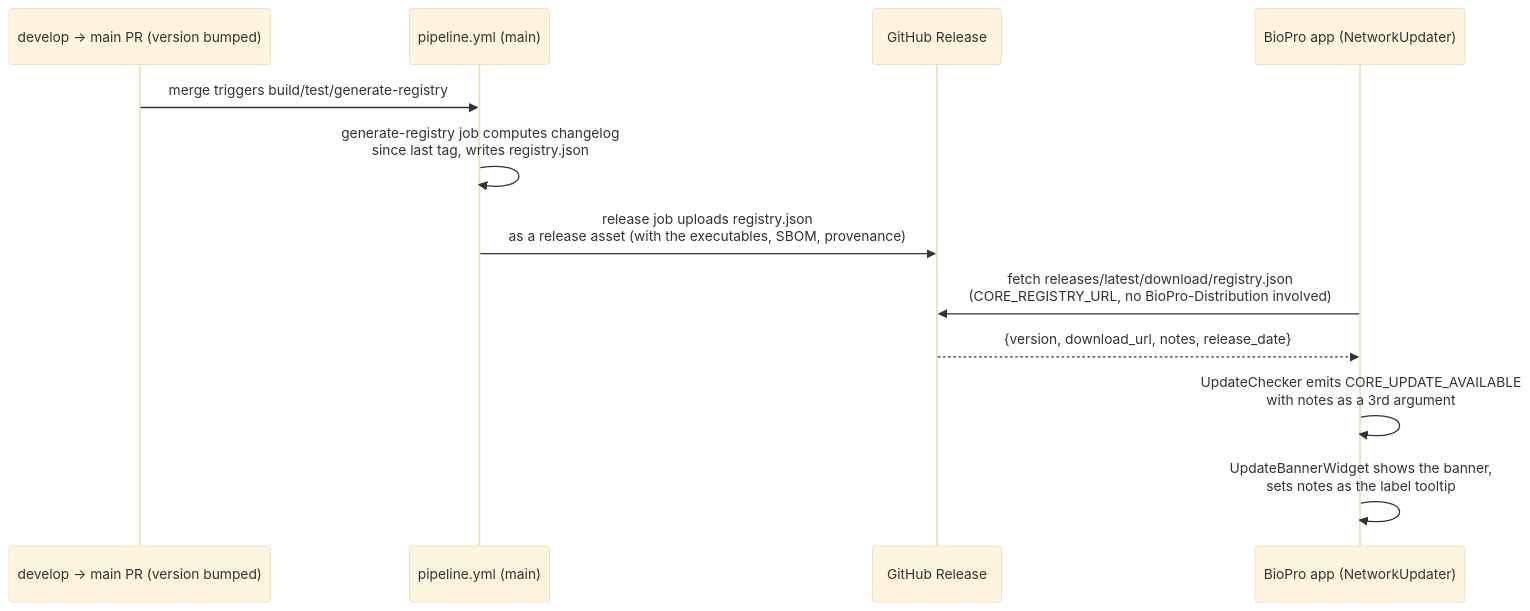
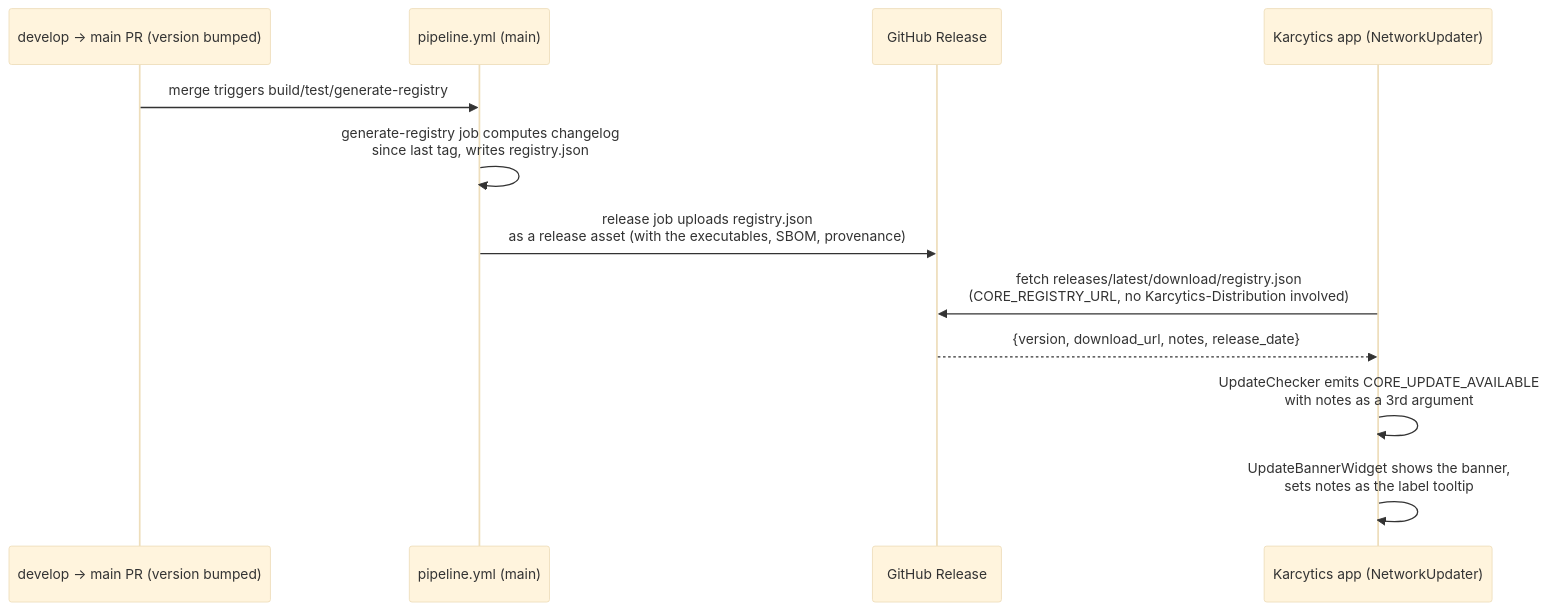
One commit to KalaimaranB/BioPro changed the second of 2 diagrams in docs/internal/23_Git_Branching_Engine.md. Above: the diagram before and after it, drawn with Mermaid (base theme). The commit also changed other lines of this file and 329 other files, not shown here.

First line of the commit message:
chore: rebrand BioPro to Karcytics

````diff
--- a/docs/internal/23_Git_Branching_Engine.md
+++ b/docs/internal/23_Git_Branching_Engine.md
@@ -73,15 +73,15 @@
 ```mermaid
 sequenceDiagram
     participant Dev as develop -> main PR (version bumped)
     participant CI as pipeline.yml (main)
     participant Rel as GitHub Release
-    participant App as BioPro app (NetworkUpdater)
+    participant App as Karcytics app (NetworkUpdater)
 
     Dev->>CI: merge triggers build/test/generate-registry
     CI->>CI: generate-registry job computes changelog<br/>since last tag, writes registry.json
     CI->>Rel: release job uploads registry.json<br/>as a release asset (with the executables, SBOM, provenance)
-    App->>Rel: fetch releases/latest/download/registry.json<br/>(CORE_REGISTRY_URL, no BioPro-Distribution involved)
+    App->>Rel: fetch releases/latest/download/registry.json<br/>(CORE_REGISTRY_URL, no Karcytics-Distribution involved)
     Rel-->>App: {version, download_url, notes, release_date}
     App->>App: UpdateChecker emits CORE_UPDATE_AVAILABLE<br/>with notes as a 3rd argument
     App->>App: UpdateBannerWidget shows the banner,<br/>sets notes as the label tooltip
 ```
````
